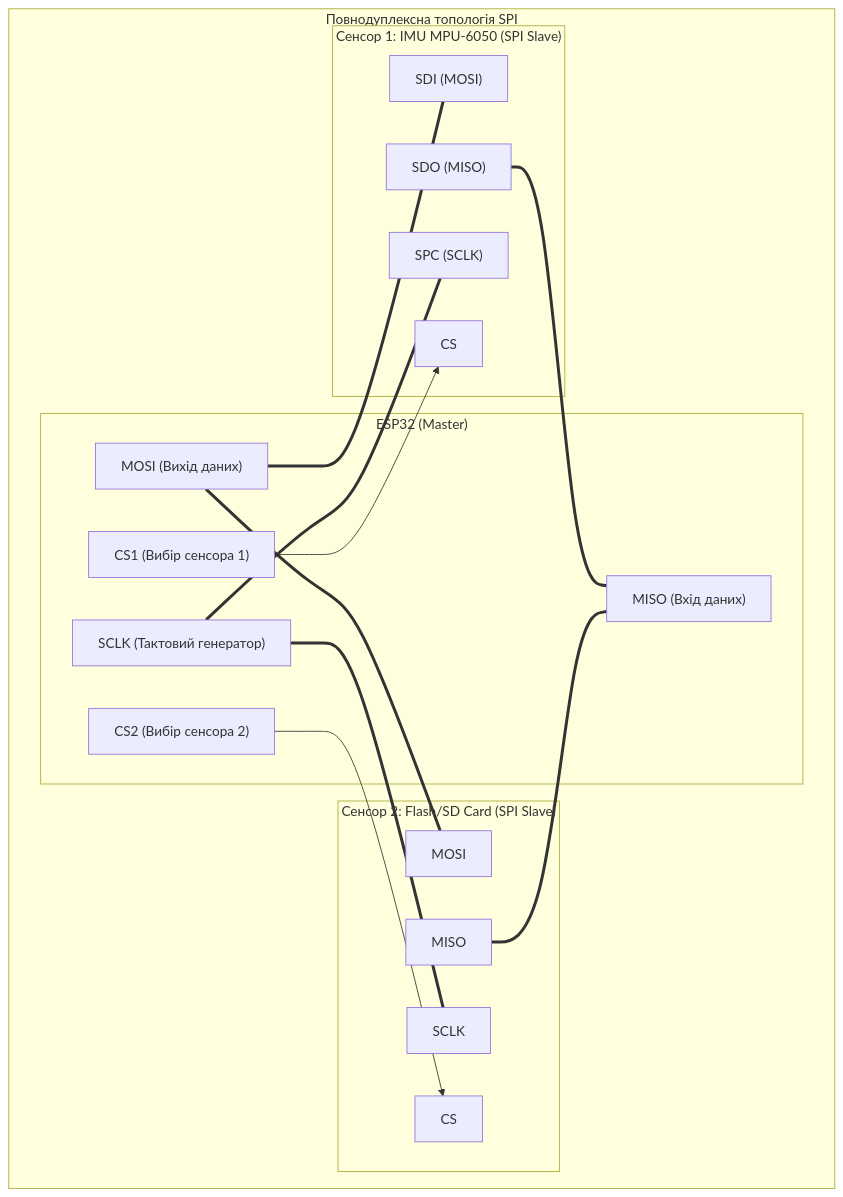
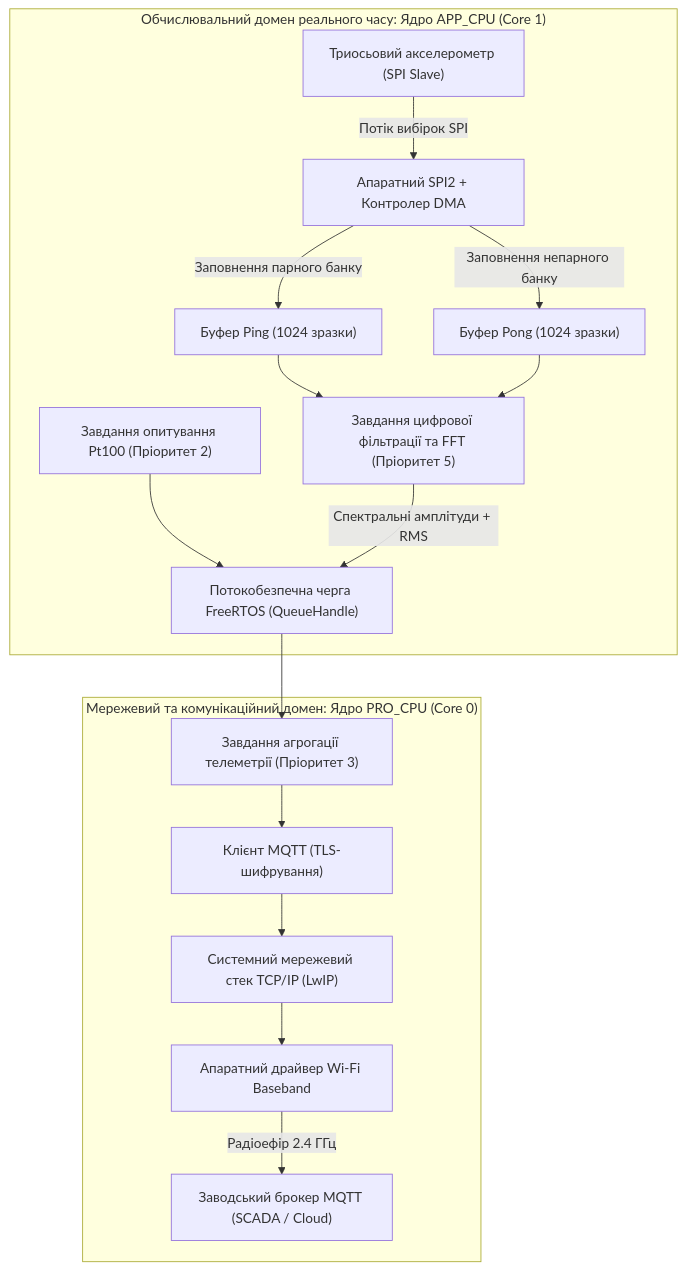
The fifth of 5 diagrams in docs/lk/lk6.md (KyryloVadurin/iot-technologies), drawn with Mermaid before and after one commit. The commit also changed other lines of this file, not shown here.

````diff
--- a/docs/lk/lk6.md
+++ b/docs/lk/lk6.md
@@ -250,36 +499,34 @@
 ```mermaid
-flowchart LR
-    subgraph SPITopology["Повнодуплексна топологія SPI"]
-        direction LR
-        subgraph MasterNode["ESP32 (Master)"]
-            MOSI_M["MOSI (Вихід даних)"]
-            MISO_M["MISO (Вхід даних)"]
-            SCLK_M["SCLK (Тактовий генератор)"]
-            CS1_M["CS1 (Вибір сенсора 1)"]
-            CS2_M["CS2 (Вибір сенсора 2)"]
-        end
+flowchart TD
+    subgraph Core1_Domain["Обчислювальний домен реального часу: Ядро APP_CPU (Core 1)"]
+        Sensor_Acc["Триосьовий акселерометр (SPI Slave)"]
+        SPI_DMA["Апаратний SPI2 + Контролер DMA"]
+        Buf_Ping["Буфер Ping (1024 зразки)"]
+        Buf_Pong["Буфер Pong (1024 зразки)"]
+        FFT_Task["Завдання цифрової фільтрації та FFT (Пріоритет 5)"]
+        Temp_Task["Завдання опитування Pt100 (Пріоритет 2)"]
+        Data_Queue["Потокобезпечна черга FreeRTOS (QueueHandle)"]
 
-        subgraph Slave1["Сенсор 1: IMU MPU-6050 (SPI Slave)"]
-            MOSI_S1["SDI (MOSI)"]
-            MISO_S1["SDO (MISO)"]
-            SCLK_S1["SPC (SCLK)"]
-            CS_S1["CS"]
-        end
+        Sensor_Acc -->|Потік вибірок SPI| SPI_DMA
+        SPI_DMA -->|Заповнення парного банку| Buf_Ping
+        SPI_DMA -->|Заповнення непарного банку| Buf_Pong
+        Buf_Ping --> FFT_Task
+        Buf_Pong --> FFT_Task
+        Temp_Task --> Data_Queue
+        FFT_Task -->|Спектральні амплітуди + RMS| Data_Queue
+    end
 
-        subgraph Slave2["Сенсор 2: Flash/SD Card (SPI Slave)"]
-            MOSI_S2["MOSI"]
-            MISO_S2["MISO"]
-            SCLK_S2["SCLK"]
-            CS_S2["CS"]
-        end
+    subgraph Core0_Domain["Мережевий та комунікаційний домен: Ядро PRO_CPU (Core 0)"]
+        Queue_Receive["Завдання агрогації телеметрії (Пріоритет 3)"]
+        LWIP_Stack["Системний мережевий стек TCP/IP (LwIP)"]
+        WiFi_Driver["Апаратний драйвер Wi-Fi Baseband"]
+        MQTT_Task["Клієнт MQTT (TLS-шифрування)"]
+        Cloud_Broker["Заводський брокер MQTT (SCADA / Cloud)"]
 
-        MOSI_M === MOSI_S1
-        MOSI_M === MOSI_S2
-        MISO_S1 === MISO_M
-        MISO_S2 === MISO_M
-        SCLK_M === SCLK_S1
-        SCLK_M === SCLK_S2
-        CS1_M --> CS_S1
-        CS2_M --> CS_S2
+        Data_Queue --> Queue_Receive
+        Queue_Receive --> MQTT_Task
+        MQTT_Task --> LWIP_Stack
+        LWIP_Stack --> WiFi_Driver
+        WiFi_Driver -->|Радіоефір 2.4 ГГц| Cloud_Broker
     end
 ```
````
